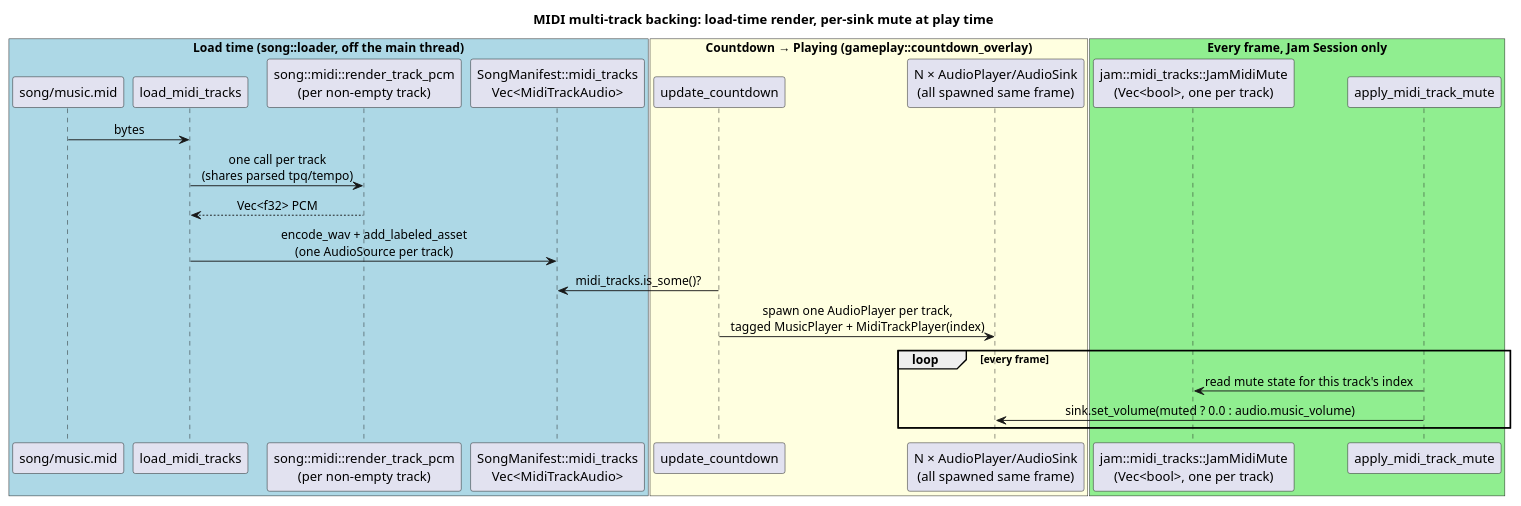
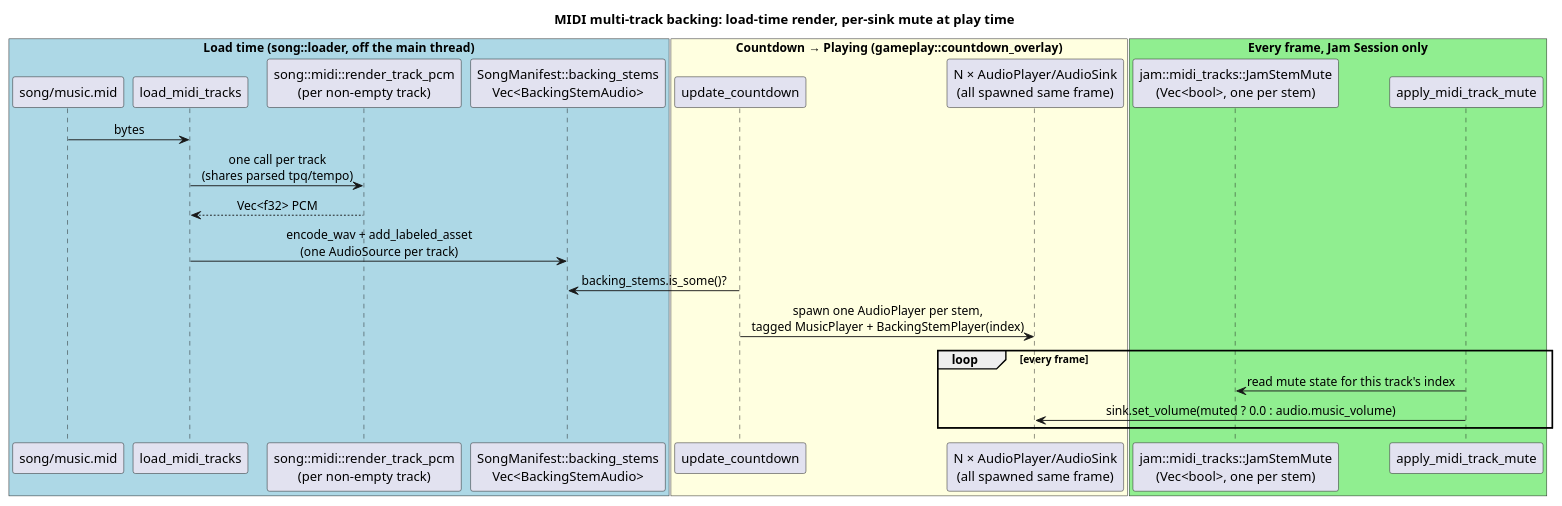
One commit to taupter/harmonicon changed the third of 4 diagrams in contributing/src/jam-session-architecture.md. Above: the diagram before and after it, drawn with PlantUML. The commit also changed other lines of this file and 15 other files, not shown here.

````diff
--- a/contributing/src/jam-session-architecture.md
+++ b/contributing/src/jam-session-architecture.md
@@ -134,36 +133,36 @@
 ```plantuml
 @startuml
 title MIDI multi-track backing: load-time render, per-sink mute at play time
 skinparam sequenceMessageAlign center
 
 box "Load time (song::loader, off the main thread)" #LightBlue
 participant "song/music.mid" as midfile
 participant "load_midi_tracks" as loader
 participant "song::midi::render_track_pcm\n(per non-empty track)" as render
-participant "SongManifest::midi_tracks\nVec<MidiTrackAudio>" as manifest
+participant "SongManifest::backing_stems\nVec<BackingStemAudio>" as manifest
 end box
 
 box "Countdown → Playing (gameplay::countdown_overlay)" #LightYellow
 participant "update_countdown" as countdown
 participant "N × AudioPlayer/AudioSink\n(all spawned same frame)" as sinks
 end box
 
 box "Every frame, Jam Session only" #LightGreen
-participant "jam::midi_tracks::JamMidiMute\n(Vec<bool>, one per track)" as mute
+participant "jam::midi_tracks::JamStemMute\n(Vec<bool>, one per stem)" as mute
 participant "apply_midi_track_mute" as apply
 end box
 
 midfile -> loader : bytes
 loader -> render : one call per track\n(shares parsed tpq/tempo)
 render --> loader : Vec<f32> PCM
 loader -> manifest : encode_wav + add_labeled_asset\n(one AudioSource per track)
 
-countdown -> manifest : midi_tracks.is_some()?
-countdown -> sinks : spawn one AudioPlayer per track,\ntagged MusicPlayer + MidiTrackPlayer(index)
+countdown -> manifest : backing_stems.is_some()?
+countdown -> sinks : spawn one AudioPlayer per stem,\ntagged MusicPlayer + BackingStemPlayer(index)
 
 loop every frame
   apply -> mute : read mute state for this track's index
   apply -> sinks : sink.set_volume(muted ? 0.0 : audio.music_volume)
 end
 @enduml
 ```
````
